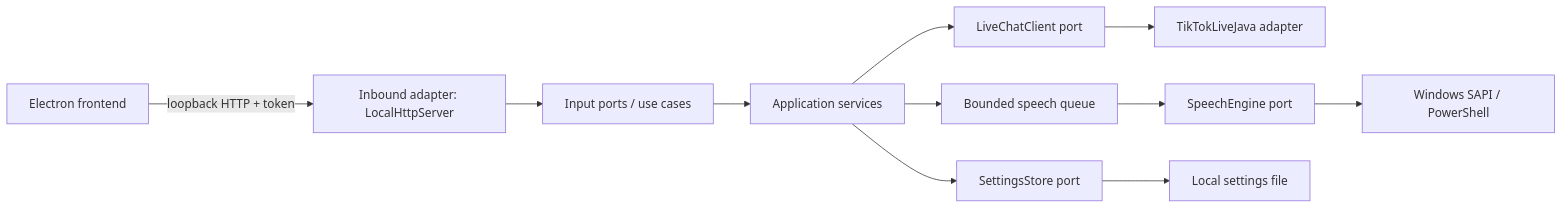
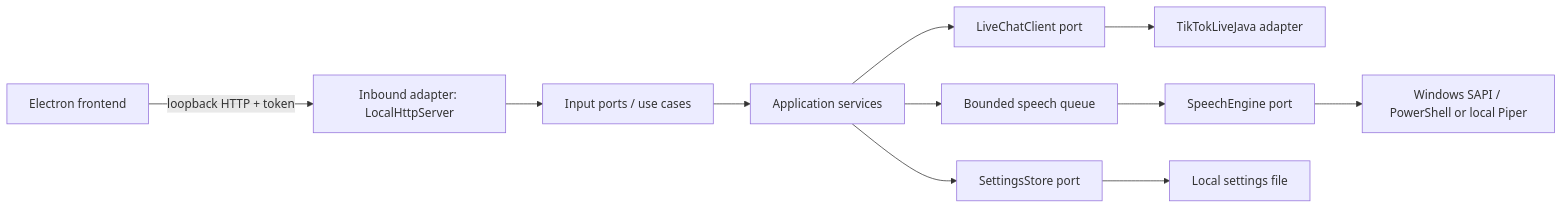
One commit to zero780/live-chat-tts changed the diagram in backend/README.md. Above: the diagram before and after it, drawn with Mermaid. The commit also changed other lines of this file and 18 other files, not shown here.

Commit message:
feat: integrate local Piper TTS engine; add support for Piper runtime and model configuration; enhance speech queue management; update frontend for Piper evaluation; improve error handling and message processing

````diff
--- a/backend/README.md
+++ b/backend/README.md
@@ -19,13 +19,13 @@
 ```mermaid
 graph LR
   UI[Electron frontend] -->|loopback HTTP + token| HTTP[Inbound adapter: LocalHttpServer]
   HTTP --> IN[Input ports / use cases]
   IN --> APP[Application services]
   APP --> Q[Bounded speech queue]
   APP --> LIVE[LiveChatClient port]
   LIVE --> TT[TikTokLiveJava adapter]
   Q --> SAPI[SpeechEngine port]
-  SAPI --> PS[Windows SAPI / PowerShell]
+  SAPI --> PS[Windows SAPI / PowerShell or local Piper]
   APP --> STORE[SettingsStore port]
   STORE --> FILE[Local settings file]
 ```
````
